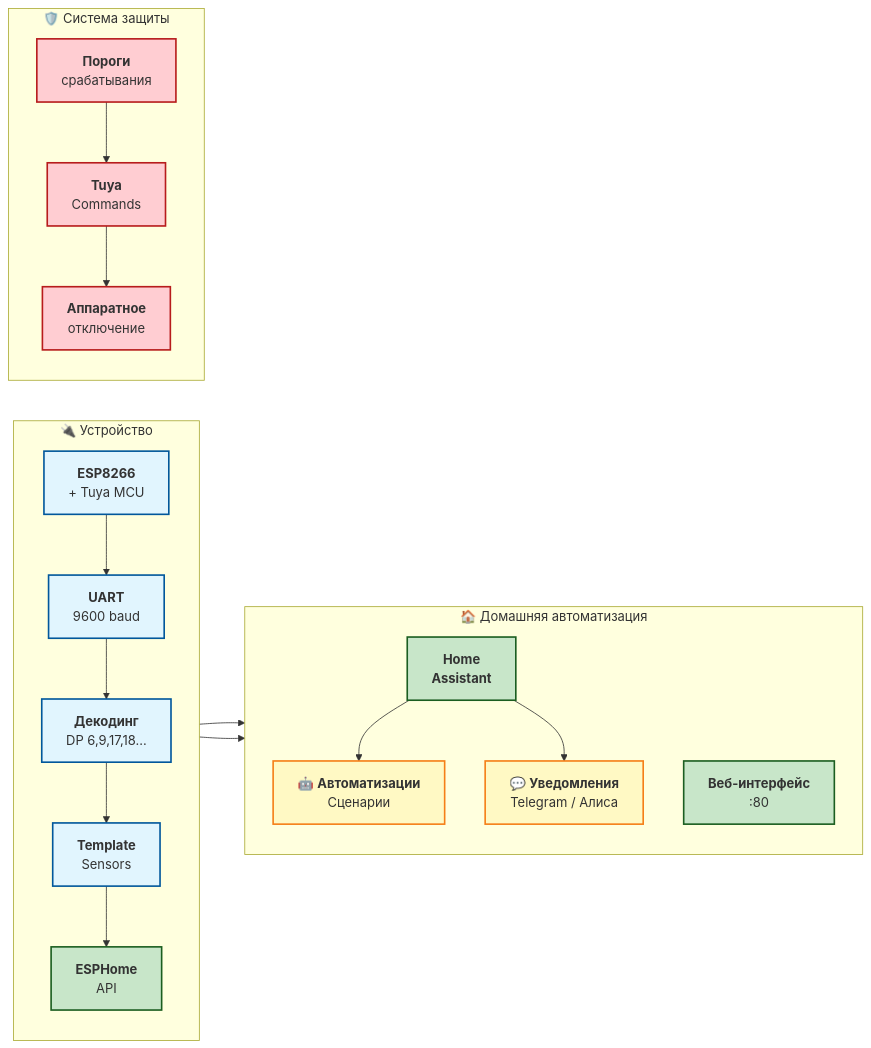
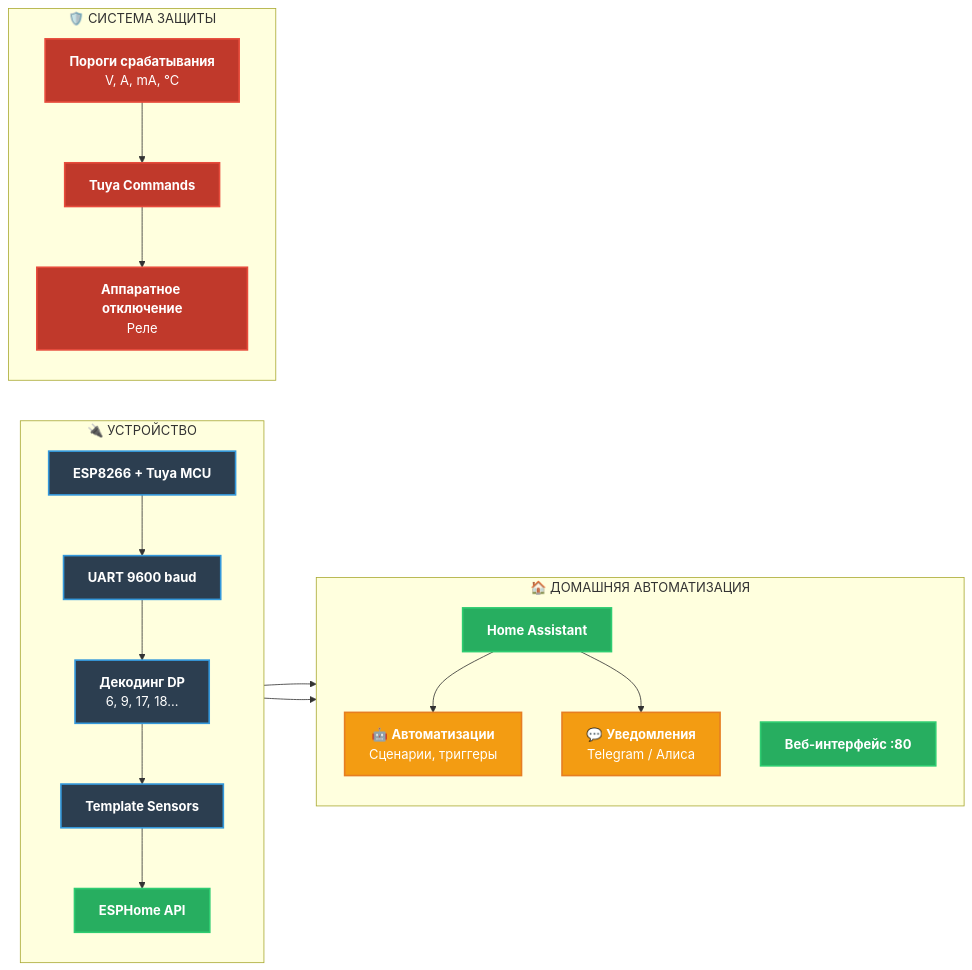
One commit to mitusoff/SINOTIMER-SVP-688W-ESPHome-Edition changed the diagram in README.md. Above: the diagram before and after it, drawn with Mermaid. The commit also changed other lines of this file, not shown here.

````diff
--- a/README.md
+++ b/README.md
@@ -82,37 +82,37 @@
 ```mermaid
 graph LR
-    subgraph "🔌 Устройство"
+    subgraph "🔌 УСТРОЙСТВО"
         direction TB
-        A[<b>ESP8266</b><br/>+ Tuya MCU] --> B[<b>UART</b><br/>9600 baud]
-        B --> C[<b>Декодинг</b><br/>DP 6,9,17,18...]
-        C --> D[<b>Template</b><br/>Sensors]
-        D --> E[<b>ESPHome</b><br/>API]
+        A["<b>ESP8266 + Tuya MCU</b>"] --> B["<b>UART 9600 baud</b>"]
+        B --> C["<b>Декодинг DP</b><br/>6, 9, 17, 18..."]
+        C --> D["<b>Template Sensors</b>"]
+        D --> E["<b>ESPHome API</b>"]
     end
     
-    subgraph "🏠 Домашняя автоматизация"
+    subgraph "🏠 ДОМАШНЯЯ АВТОМАТИЗАЦИЯ"
         direction TB
-        E --> F[<b>Home</b><br/><b>Assistant</b>]
-        E --> G[<b>Веб-интерфейс</b><br/>:80]
-        F --> H[🤖 <b>Автоматизации</b><br/>Сценарии]
-        F --> I[💬 <b>Уведомления</b><br/>Telegram / Алиса]
+        E --> F["<b>Home Assistant</b>"]
+        E --> G["<b>Веб-интерфейс :80</b>"]
+        F --> H["🤖 <b>Автоматизации</b><br/>Сценарии, триггеры"]
+        F --> I["💬 <b>Уведомления</b><br/>Telegram / Алиса"]
     end
     
-    subgraph "🛡️ Система защиты"
+    subgraph "🛡️ СИСТЕМА ЗАЩИТЫ"
         direction TB
-        J[<b>Пороги</b><br/>срабатывания] --> K[<b>Tuya</b><br/>Commands]
-        K --> L[<b>Аппаратное</b><br/>отключение]
+        J["<b>Пороги срабатывания</b><br/>V, A, mA, °C"] --> K["<b>Tuya Commands</b>"]
+        K --> L["<b>Аппаратное отключение</b><br/>Реле"]
     end
     
-    style A fill:#e1f5fe,stroke:#01579b,stroke-width:2px
-    style B fill:#e1f5fe,stroke:#01579b,stroke-width:2px
-    style C fill:#e1f5fe,stroke:#01579b,stroke-width:2px
-    style D fill:#e1f5fe,stroke:#01579b,stroke-width:2px
-    style E fill:#c8e6c9,stroke:#1b5e20,stroke-width:2px
-    style F fill:#c8e6c9,stroke:#1b5e20,stroke-width:2px
-    style G fill:#c8e6c9,stroke:#1b5e20,stroke-width:2px
-    style H fill:#fff9c4,stroke:#f57f17,stroke-width:2px
-    style I fill:#fff9c4,stroke:#f57f17,stroke-width:2px
-    style J fill:#ffcdd2,stroke:#b71c1c,stroke-width:2px
-    style K fill:#ffcdd2,stroke:#b71c1c,stroke-width:2px
-    style L fill:#ffcdd2,stroke:#b71c1c,stroke-width:2px
+    style A fill:#2c3e50,stroke:#3498db,stroke-width:2px,color:#fff
+    style B fill:#2c3e50,stroke:#3498db,stroke-width:2px,color:#fff
+    style C fill:#2c3e50,stroke:#3498db,stroke-width:2px,color:#fff
+    style D fill:#2c3e50,stroke:#3498db,stroke-width:2px,color:#fff
+    style E fill:#27ae60,stroke:#2ecc71,stroke-width:2px,color:#fff
+    style F fill:#27ae60,stroke:#2ecc71,stroke-width:2px,color:#fff
+    style G fill:#27ae60,stroke:#2ecc71,stroke-width:2px,color:#fff
+    style H fill:#f39c12,stroke:#e67e22,stroke-width:2px,color:#fff
+    style I fill:#f39c12,stroke:#e67e22,stroke-width:2px,color:#fff
+    style J fill:#c0392b,stroke:#e74c3c,stroke-width:2px,color:#fff
+    style K fill:#c0392b,stroke:#e74c3c,stroke-width:2px,color:#fff
+    style L fill:#c0392b,stroke:#e74c3c,stroke-width:2px,color:#fff
 ```
````
